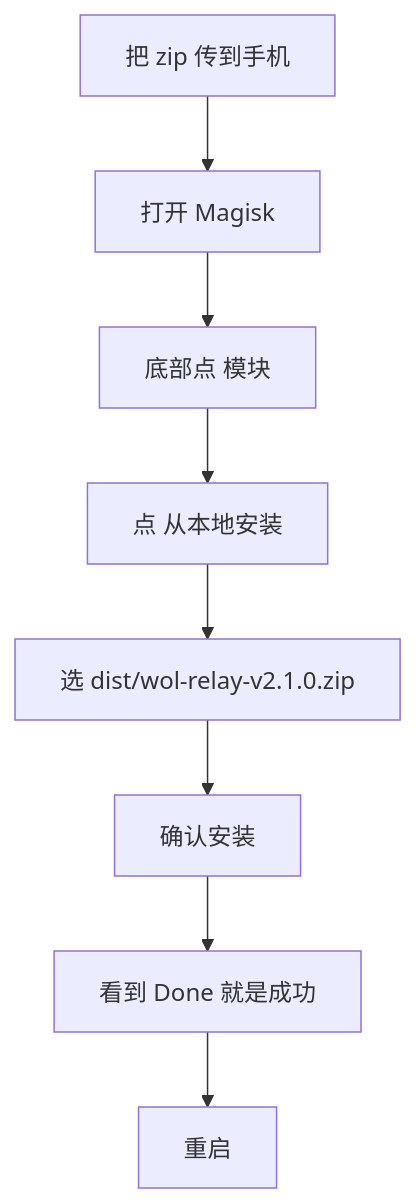
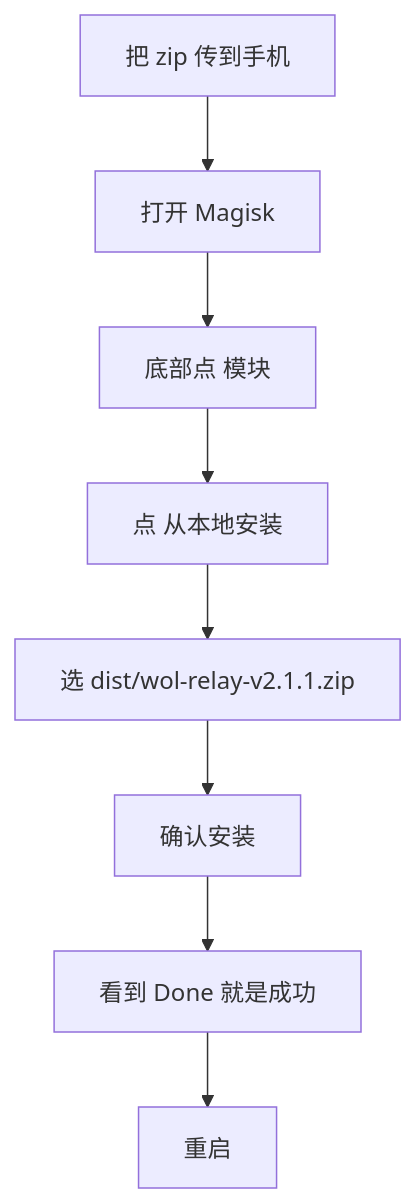
Before and after one commit to huangJUN6666/wol-relay-android: the second of 6 diagrams in docs/03-备用机部署.md, drawn with Mermaid. The commit also changed other lines of this file and 14 other files, not shown here.

````diff
--- a/docs/03-备用机部署.md
+++ b/docs/03-备用机部署.md
@@ -67,10 +67,10 @@
 ```mermaid
 flowchart TD
     A[把 zip 传到手机] --> B[打开 Magisk]
     B --> C[底部点 模块]
     C --> D[点 从本地安装]
-    D --> E[选 dist/wol-relay-v2.1.0.zip]
+    D --> E[选 dist/wol-relay-v2.1.1.zip]
     E --> F[确认安装]
     F --> G[看到 Done 就是成功]
     G --> H[重启]
 ```
````
